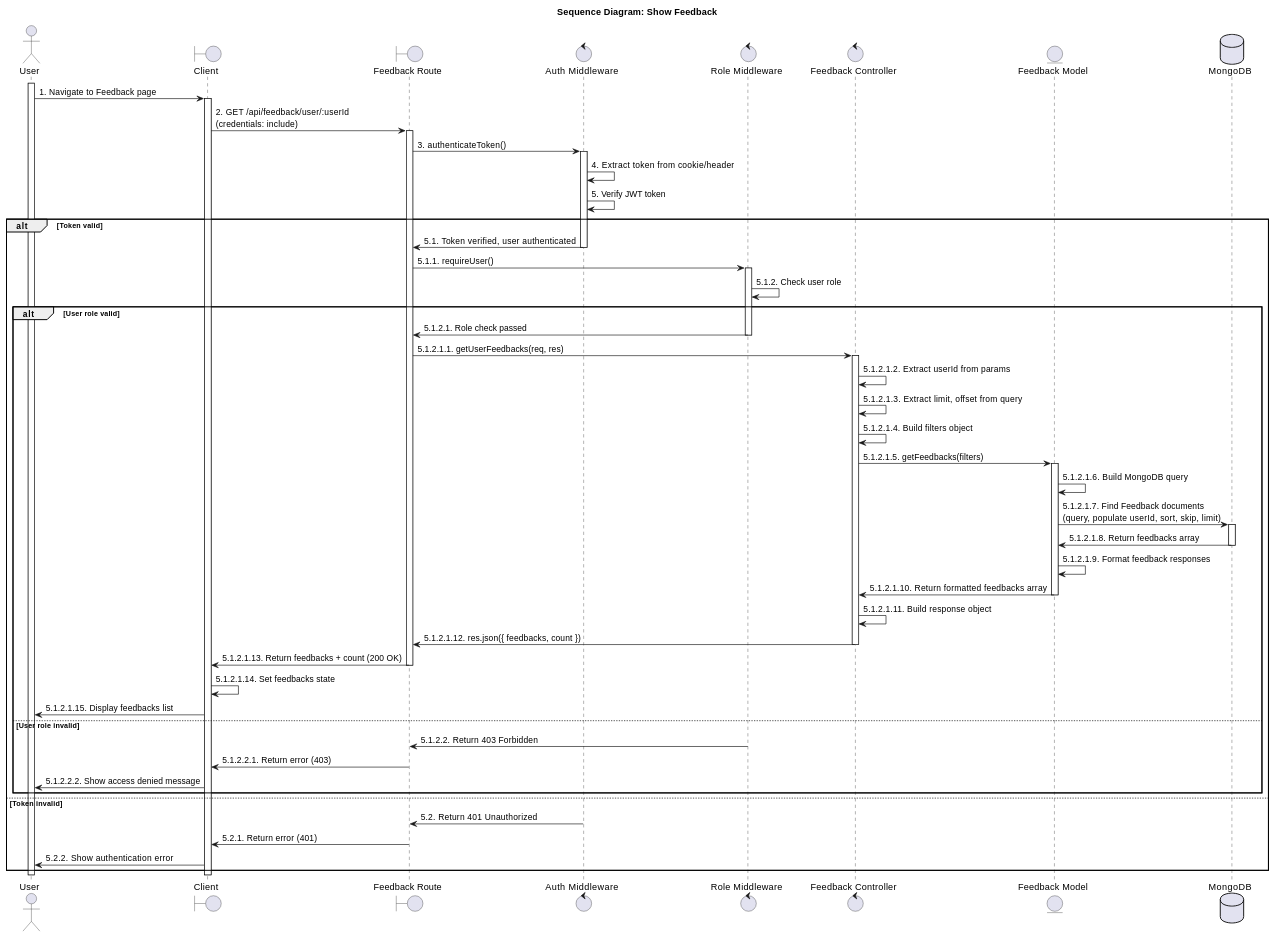
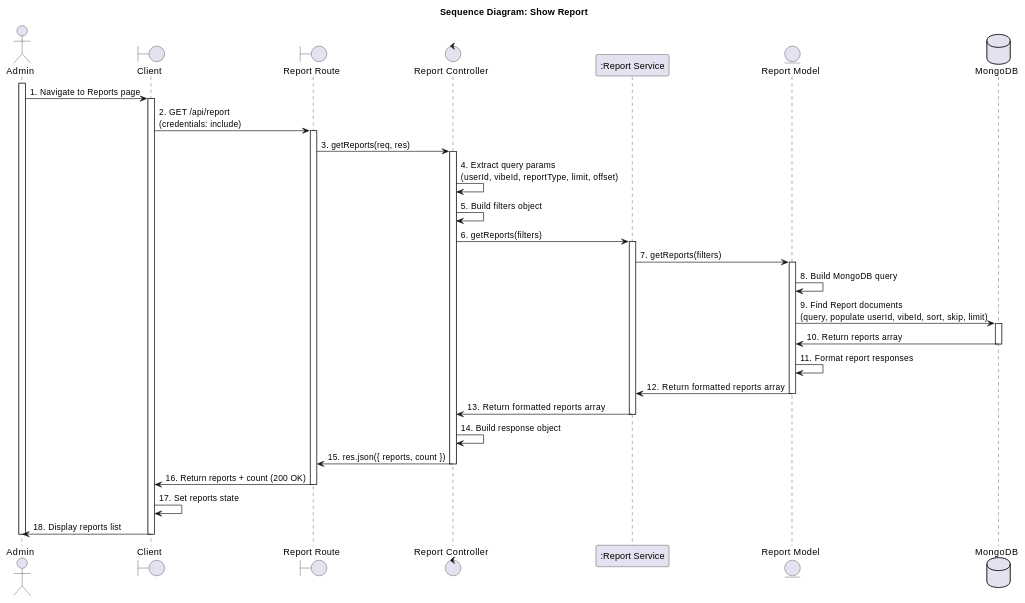
One commit to SvnFrs/re-oldvibes changed the first of 8 diagrams in SEQUENCE_DIAGRAMS_UC.md. Above: the diagram before and after it, drawn with PlantUML. The commit also changed other lines of this file and 1 other file, not shown here.

````diff
--- a/SEQUENCE_DIAGRAMS_UC.md
+++ b/SEQUENCE_DIAGRAMS_UC.md
@@ -7,71 +5,46 @@
 ```plantuml
-@startuml Show Feedback
-title Sequence Diagram: Show Feedback
+@startuml Show Report
+title Sequence Diagram: Show Report
 
-actor User
+actor Admin
 boundary "Client" as Client
-boundary "Feedback Route" as Route
-control "Auth Middleware" as AuthMiddleware
-control "Role Middleware" as RoleMiddleware
-control "Feedback Controller" as Controller
-entity "Feedback Model" as Model
+boundary "Report Route" as Route
+control "Report Controller" as Controller
+participant ":Report Service" as Service
+entity "Report Model" as Model
 database "MongoDB" as Database
 
-activate User
-User -> Client : 1. Navigate to Feedback page
+activate Admin
+Admin -> Client : 1. Navigate to Reports page
 activate Client
-Client -> Route : 2. GET /api/feedback/user/:userId\n(credentials: include)
+Client -> Route : 2. GET /api/report\n(credentials: include)
 activate Route
-Route -> AuthMiddleware : 3. authenticateToken()
-activate AuthMiddleware
-AuthMiddleware -> AuthMiddleware : 4. Extract token from cookie/header
-AuthMiddleware -> AuthMiddleware : 5. Verify JWT token
-alt Token valid
-    AuthMiddleware -> Route : 5.1. Token verified, user authenticated
-    deactivate AuthMiddleware
-    Route -> RoleMiddleware : 5.1.1. requireUser()
-    activate RoleMiddleware
-    RoleMiddleware -> RoleMiddleware : 5.1.2. Check user role
-    alt User role valid
-        RoleMiddleware -> Route : 5.1.2.1. Role check passed
-        deactivate RoleMiddleware
-        Route -> Controller : 5.1.2.1.1. getUserFeedbacks(req, res)
-        activate Controller
-        Controller -> Controller : 5.1.2.1.2. Extract userId from params
-        Controller -> Controller : 5.1.2.1.3. Extract limit, offset from query
-        Controller -> Controller : 5.1.2.1.4. Build filters object
-        Controller -> Model : 5.1.2.1.5. getFeedbacks(filters)
-        activate Model
-        Model -> Model : 5.1.2.1.6. Build MongoDB query
-        Model -> Database : 5.1.2.1.7. Find Feedback documents\n(query, populate userId, sort, skip, limit)
-        activate Database
-        Database -> Model : 5.1.2.1.8. Return feedbacks array
-        deactivate Database
-        Model -> Model : 5.1.2.1.9. Format feedback responses
-        Model -> Controller : 5.1.2.1.10. Return formatted feedbacks array
-        deactivate Model
-        Controller -> Controller : 5.1.2.1.11. Build response object
-        Controller -> Route : 5.1.2.1.12. res.json({ feedbacks, count })
-        deactivate Controller
-        Route -> Client : 5.1.2.1.13. Return feedbacks + count (200 OK)
-        deactivate Route
-        Client -> Client : 5.1.2.1.14. Set feedbacks state
-        Client -> User : 5.1.2.1.15. Display feedbacks list
-    else User role invalid
-        RoleMiddleware -> Route : 5.1.2.2. Return 403 Forbidden
-        deactivate RoleMiddleware
-        Route -> Client : 5.1.2.2.1. Return error (403)
-        deactivate Route
-        Client -> User : 5.1.2.2.2. Show access denied message
-    end
-else Token invalid
-    AuthMiddleware -> Route : 5.2. Return 401 Unauthorized
-    deactivate AuthMiddleware
-    Route -> Client : 5.2.1. Return error (401)
-    deactivate Route
-    Client -> User : 5.2.2. Show authentication error
-end
+Route -> Controller : 3. getReports(req, res)
+activate Controller
+Controller -> Controller : 4. Extract query params\n(userId, vibeId, reportType, limit, offset)
+Controller -> Controller : 5. Build filters object
+Controller -> Service : 6. getReports(filters)
+activate Service
+Service -> Model : 7. getReports(filters)
+activate Model
+Model -> Model : 8. Build MongoDB query
+Model -> Database : 9. Find Report documents\n(query, populate userId, vibeId, sort, skip, limit)
+activate Database
+Database -> Model : 10. Return reports array
+deactivate Database
+Model -> Model : 11. Format report responses
+Model -> Service : 12. Return formatted reports array
+deactivate Model
+Service -> Controller : 13. Return formatted reports array
+deactivate Service
+Controller -> Controller : 14. Build response object
+Controller -> Route : 15. res.json({ reports, count })
+deactivate Controller
+Route -> Client : 16. Return reports + count (200 OK)
+deactivate Route
+Client -> Client : 17. Set reports state
+Client -> Admin : 18. Display reports list
 deactivate Client
-deactivate User
+deactivate Admin
 @enduml
 ```
````
